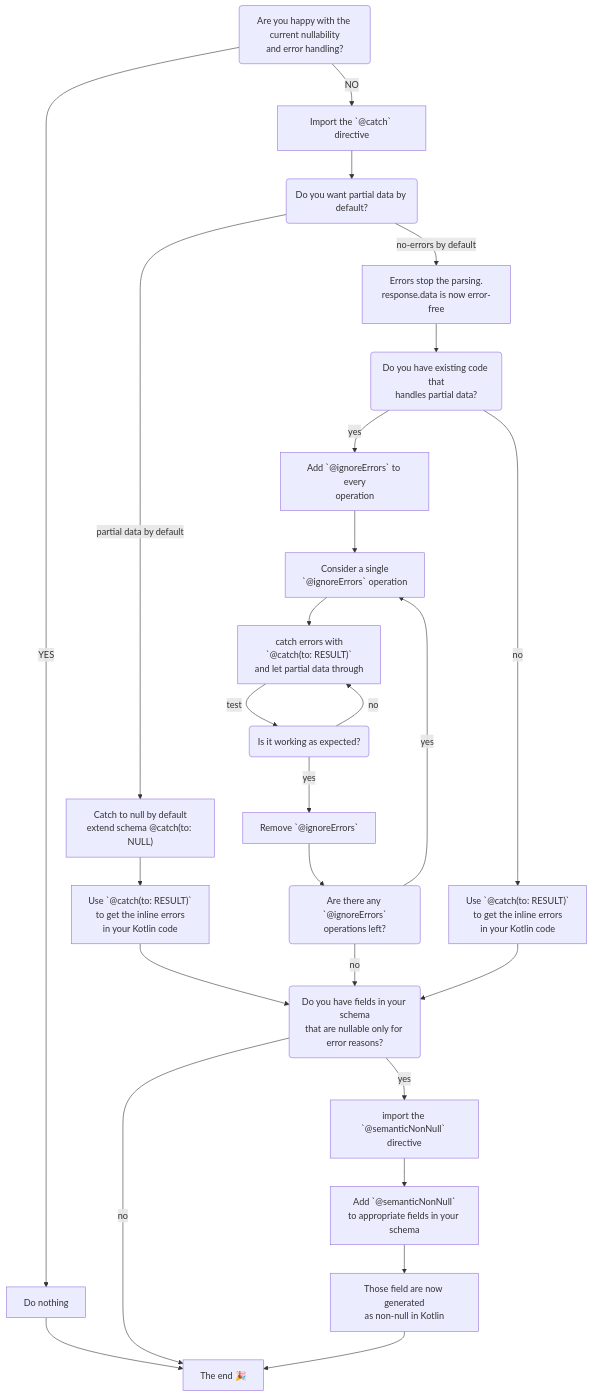
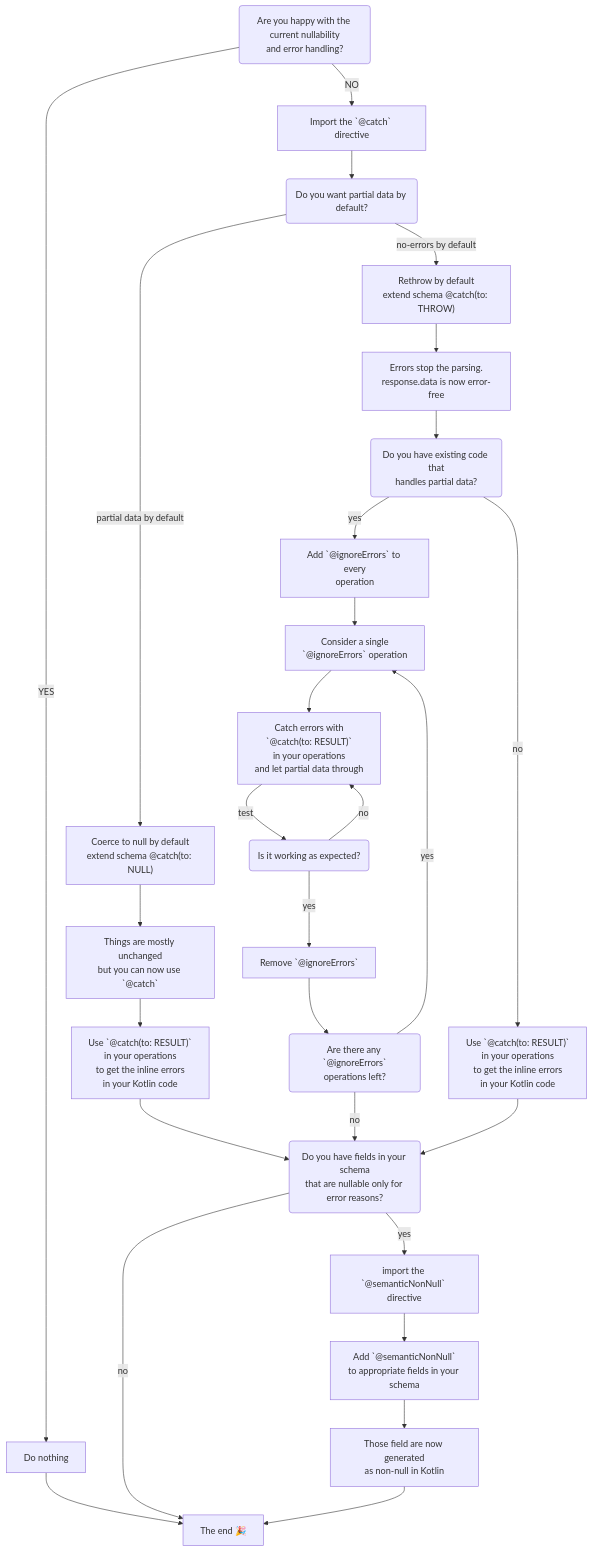
Before and after one commit to apollographql/apollo-kotlin: the diagram in docs/source/advanced/nullability.mdx, drawn with Mermaid.

Commit message:
update flowchart

````diff
--- a/docs/source/advanced/nullability.mdx
+++ b/docs/source/advanced/nullability.mdx
@@ -255,28 +255,30 @@
 ```mermaid
 flowchart TD
     A("Are you happy with the current nullability\nand error handling?") --> |YES| B["Do nothing"]
     B --> V
     A --> |NO| D["Import the `@catch` directive"]
     D --> E("Do you want partial data by default?")
-    E --> |partial data by default| F["Catch to null by default\nextend schema @catch(to: NULL)"]
-    F --> J["Use `@catch(to: RESULT)`\nto get the inline errors\nin your Kotlin code"]
+    E --> |partial data by default| F["Coerce to null by default\nextend schema @catch(to: NULL)"]
+    F --> X["Things are mostly unchanged\nbut you can now use `@catch`"]
+    X --> J["Use `@catch(to: RESULT)`\nin your operations\nto get the inline errors\nin your Kotlin code"]
     J --> H("Do you have fields in your schema\nthat are nullable only for error reasons?")
     H --> |no|V
     H --> |yes|I["import the `@semanticNonNull` directive"]
     I --> K["Add `@semanticNonNull`\nto appropriate fields in your schema"]
     K --> L["Those field are now generated\nas non-null in Kotlin"]
     L --> V["The end 🎉"]
-    E --> |no-errors by default| P["Errors stop the parsing.\nresponse.data is now error-free"]
-    P --> G("Do you have existing code that\nhandles partial data?")
+    E --> |no-errors by default| P["Rethrow by default\nextend schema @catch(to: THROW)"]
+    P --> W["Errors stop the parsing.\nresponse.data is now error-free"]
+    W --> G("Do you have existing code that\nhandles partial data?")
     M --> R["Consider a single\n`@ignoreErrors` operation"]
-    R --> O["catch errors with\n`@catch(to: RESULT)`\nand let partial data through"]
+    R --> O["Catch errors with\n`@catch(to: RESULT)`\nin your operations\nand let partial data through"]
     O --> |test|Q("Is it working as expected?")
     Q --> |yes|S["Remove `@ignoreErrors`"]
     S --> T("Are there any `@ignoreErrors`\noperations left?")
     T --> |yes|R
     T --> |no|H
     Q --> |no|O
     G --> |yes| M["Add `@ignoreErrors` to every\noperation"]
-    G --> |no|N["Use `@catch(to: RESULT)`\nto get the inline errors\nin your Kotlin code"]
+    G --> |no|N["Use `@catch(to: RESULT)`\nin your operations\nto get the inline errors\nin your Kotlin code"]
     N --> H
 ```
````
